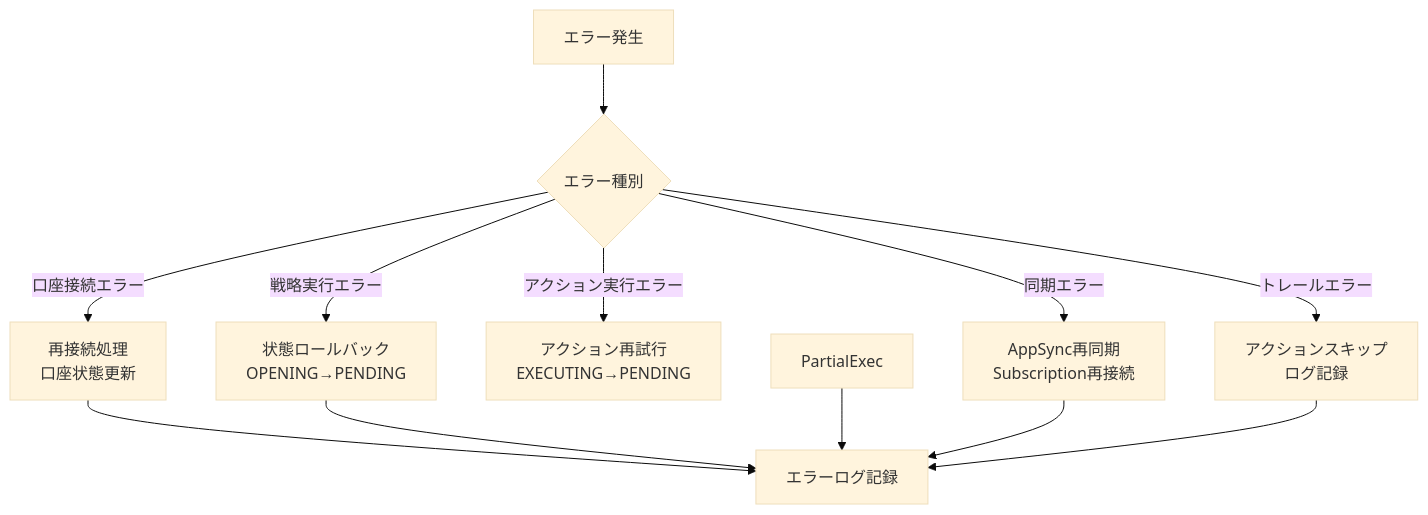
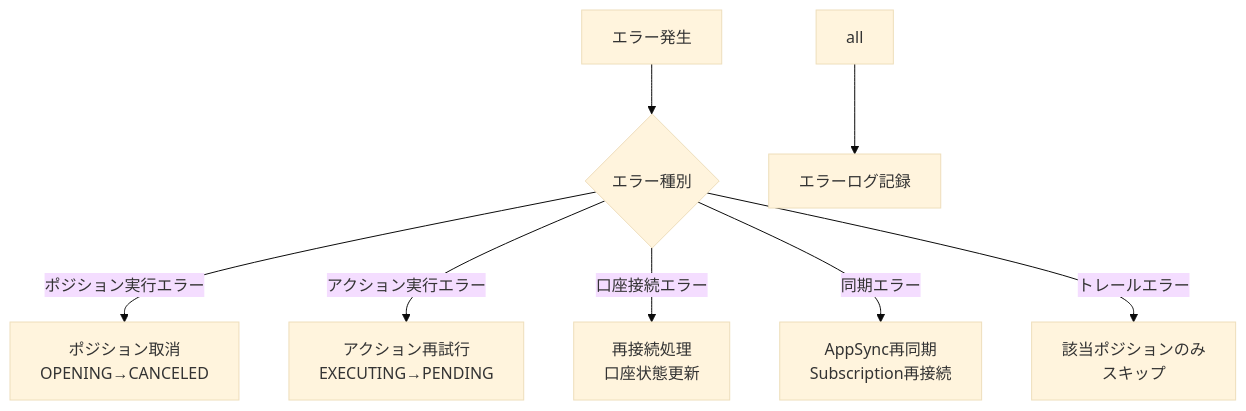
Diagram 14 of 16 in MVPシステム設計.md (rnrnstar2/ArbitrageAssistant), drawn with Mermaid (base theme) before and after one commit. The commit also changed other lines of this file and 111 other files, not shown here.

````diff
--- a/MVPシステム設計.md
+++ b/MVPシステム設計.md
@@ -616,16 +745,12 @@
 ```mermaid
 graph TD
     Error[エラー発生] --> Type{エラー種別}
-    
+
+    Type -->|ポジション実行エラー| Cancel[ポジション取消<br/>OPENING→CANCELED]
+    Type -->|アクション実行エラー| Retry[アクション再試行<br/>EXECUTING→PENDING]
     Type -->|口座接続エラー| Reconnect[再接続処理<br/>口座状態更新]
-    Type -->|戦略実行エラー| Rollback[状態ロールバック<br/>OPENING→PENDING]
-    Type -->|アクション実行エラー| Retry[アクション再試行<br/>EXECUTING→PENDING]
     Type -->|同期エラー| Resync[AppSync再同期<br/>Subscription再接続]
-    Type -->|トレールエラー| Skip[アクションスキップ<br/>ログ記録]
-    
-    Reconnect --> Log[エラーログ記録]
-    Rollback --> Log
-    PartialExec --> Log
-    Resync --> Log
-    Skip --> Log
+    Type -->|トレールエラー| Skip[該当ポジションのみ<br/>スキップ]
+
+    all --> Log[エラーログ記録]
 ```
````
